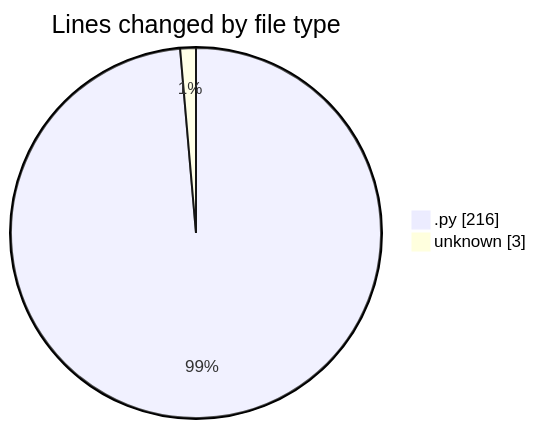
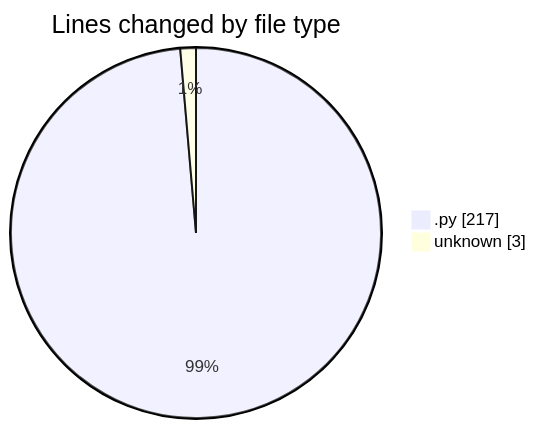
The first of 2 diagrams in 2025-01-21/monteur_automatique/README.md (CELIANVF/code-tracking), drawn with Mermaid before and after one commit. The commit also changed other lines of this file and 1 other file, not shown here.

````diff
--- a/2025-01-21/monteur_automatique/README.md
+++ b/2025-01-21/monteur_automatique/README.md
@@ -23,6 +23,6 @@
 ```mermaid
 pie showData
 title Lines changed by file type
-".py" : 216
+".py" : 217
 "unknown" : 3
 ```
````
